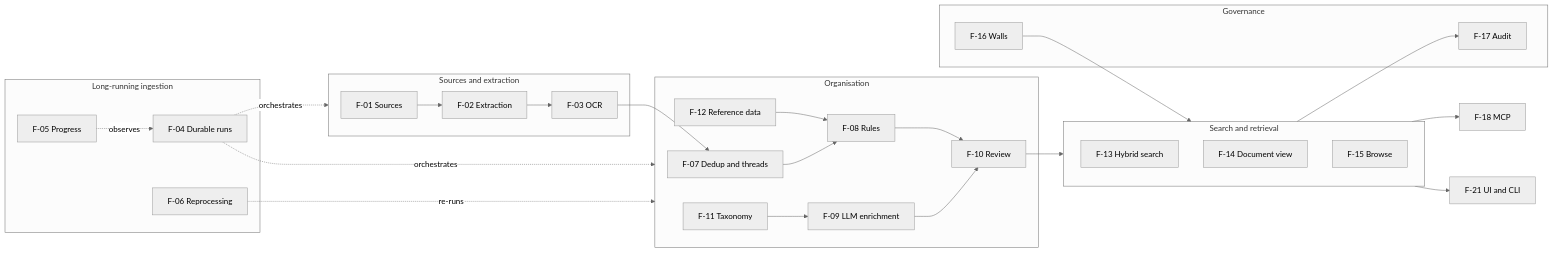
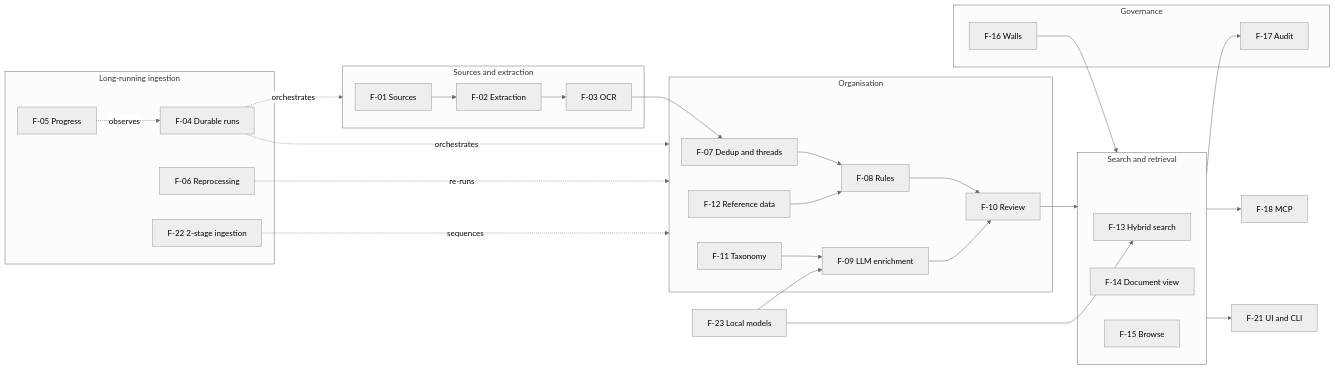
Before and after one commit to astepnik/documents_store: the diagram in docs/features.md, drawn with Mermaid (neutral theme). The commit also changed other lines of this file and 9 other files, not shown here.

First line of the commit message:
Revise PoC docs: all-local inference and two-stage ingestion

````diff
--- a/docs/features.md
+++ b/docs/features.md
@@ -33,58 +35,65 @@
 ```mermaid
 flowchart LR
   subgraph SRC[Sources and extraction]
     F01[F-01 Sources] --> F02[F-02 Extraction] --> F03[F-03 OCR]
   end
   subgraph RUN[Long-running ingestion]
     F04[F-04 Durable runs]
     F05[F-05 Progress]
     F06[F-06 Reprocessing]
+    F22[F-22 2-stage ingestion]
   end
   subgraph ORG[Organisation]
     F07[F-07 Dedup and threads]
     F12[F-12 Reference data] --> F08[F-08 Rules]
     F11[F-11 Taxonomy] --> F09[F-09 LLM enrichment]
     F08 --> F10[F-10 Review]
     F09 --> F10
   end
   subgraph READ[Search and retrieval]
     F13[F-13 Hybrid search]
     F14[F-14 Document view]
     F15[F-15 Browse]
   end
   subgraph GOV[Governance]
     F16[F-16 Walls]
     F17[F-17 Audit]
   end
   F18[F-18 MCP]
   F21[F-21 UI and CLI]
+  F23[F-23 Local models]
   F04 -. orchestrates .-> SRC
   F04 -. orchestrates .-> ORG
   F05 -. observes .-> F04
   F06 -. re-runs .-> ORG
+  F22 -. sequences .-> ORG
+  F23 --> F09
+  F23 --> F13
   F03 --> F07 --> F08
   F10 --> READ
   F16 --> READ
   READ --> F17
   READ --> F18
   READ --> F21
   click F01 "#f-01"
   click F02 "#f-02"
   click F03 "#f-03"
   click F04 "#f-04"
   click F05 "#f-05"
   click F06 "#f-06"
   click F07 "#f-07"
   click F08 "#f-08"
   click F09 "#f-09"
   click F10 "#f-10"
   click F11 "#f-11"
   click F12 "#f-12"
   click F13 "#f-13"
   click F14 "#f-14"
   click F15 "#f-15"
   click F16 "#f-16"
   click F17 "#f-17"
   click F18 "#f-18"
   click F21 "#f-21"
+  click F22 "#f-22"
+  click F23 "#f-23"
 ```
````
